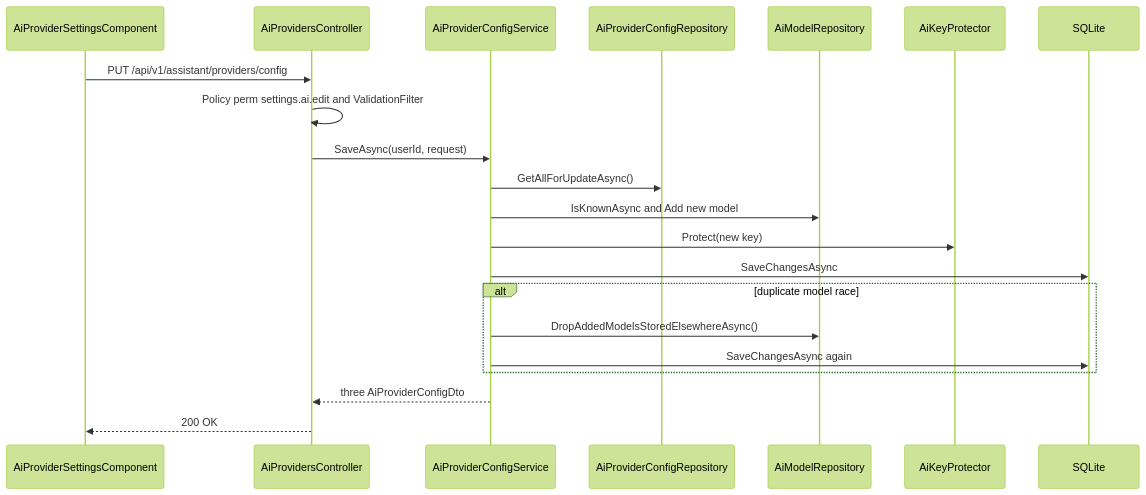
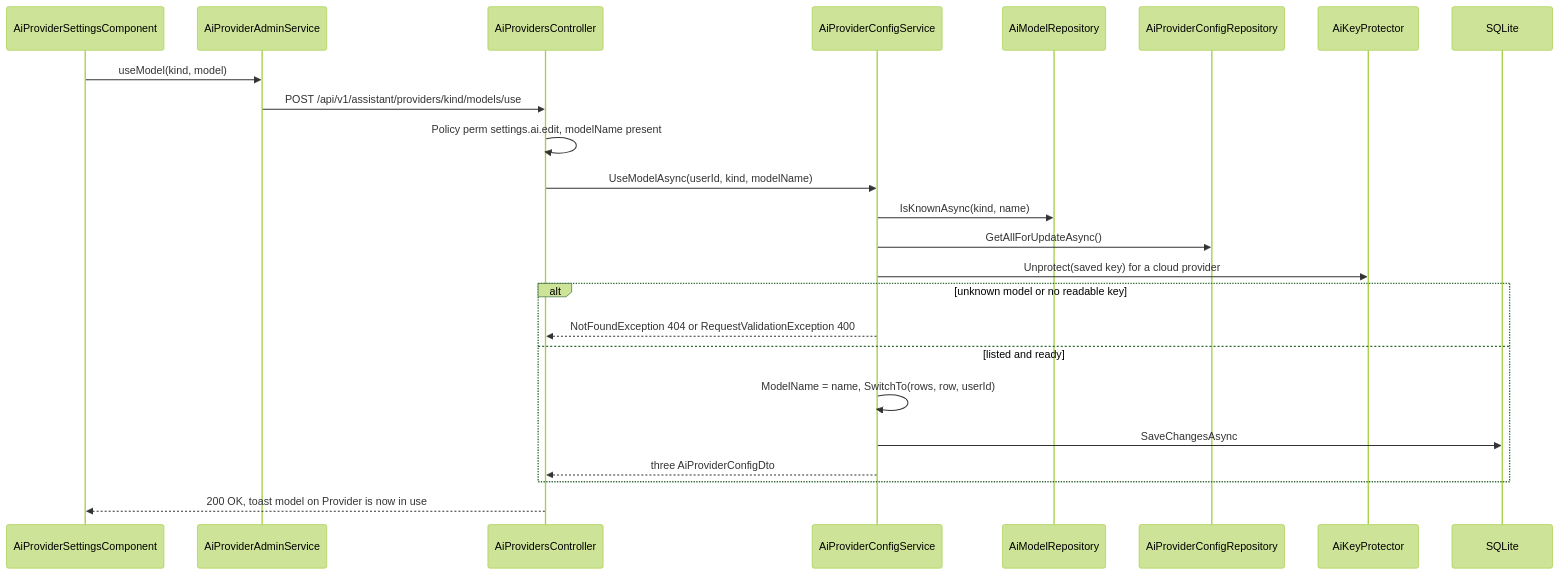
One commit to jojogeorge3344/TaskFlow-Project changed the third of 5 diagrams in TF - Documents/TF - LLD/06-Settings/06.3-TFA-Settings/LLD-TFA-Settings.md. Above: the diagram before and after it, drawn with Mermaid (forest theme). The commit also changed other lines of this file and 103 other files, not shown here.

First line of the commit message:
feat(tfa): add AI model page, model ID check, read-only model list and edit

````diff
--- a/TF - Documents/TF - LLD/06-Settings/06.3-TFA-Settings/LLD-TFA-Settings.md
+++ b/TF - Documents/TF - LLD/06-Settings/06.3-TFA-Settings/LLD-TFA-Settings.md
@@ -405,23 +534,26 @@
 ```mermaid
 sequenceDiagram
   participant UI as AiProviderSettingsComponent
+  participant AS as AiProviderAdminService
   participant C as AiProvidersController
   participant S as AiProviderConfigService
+  participant MR as AiModelRepository
   participant CR as AiProviderConfigRepository
-  participant MR as AiModelRepository
   participant K as AiKeyProtector
   participant DB as SQLite
-  UI->>C: PUT /api/v1/assistant/providers/config
-  C->>C: Policy perm settings.ai.edit and ValidationFilter
-  C->>S: SaveAsync(userId, request)
+  UI->>AS: useModel(kind, model)
+  AS->>C: POST /api/v1/assistant/providers/kind/models/use
+  C->>C: Policy perm settings.ai.edit, modelName present
+  C->>S: UseModelAsync(userId, kind, modelName)
+  S->>MR: IsKnownAsync(kind, name)
   S->>CR: GetAllForUpdateAsync()
-  S->>MR: IsKnownAsync and Add new model
-  S->>K: Protect(new key)
-  S->>DB: SaveChangesAsync
-  alt duplicate model race
-    S->>MR: DropAddedModelsStoredElsewhereAsync()
-    S->>DB: SaveChangesAsync again
+  S->>K: Unprotect(saved key) for a cloud provider
+  alt unknown model or no readable key
+    S-->>C: NotFoundException 404 or RequestValidationException 400
+  else listed and ready
+    S->>S: ModelName = name, SwitchTo(rows, row, userId)
+    S->>DB: SaveChangesAsync
+    S-->>C: three AiProviderConfigDto
   end
-  S-->>C: three AiProviderConfigDto
-  C-->>UI: 200 OK
+  C-->>UI: 200 OK, toast model on Provider is now in use
 ```
````
